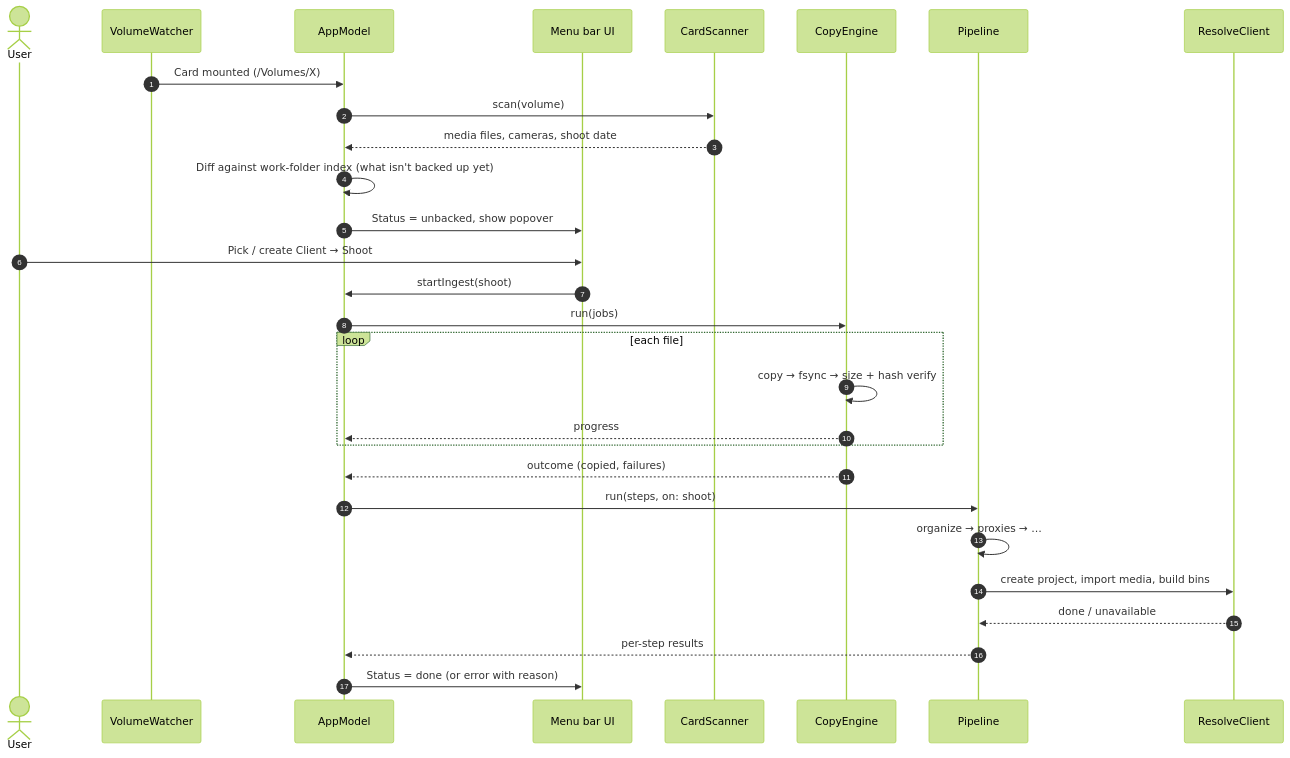
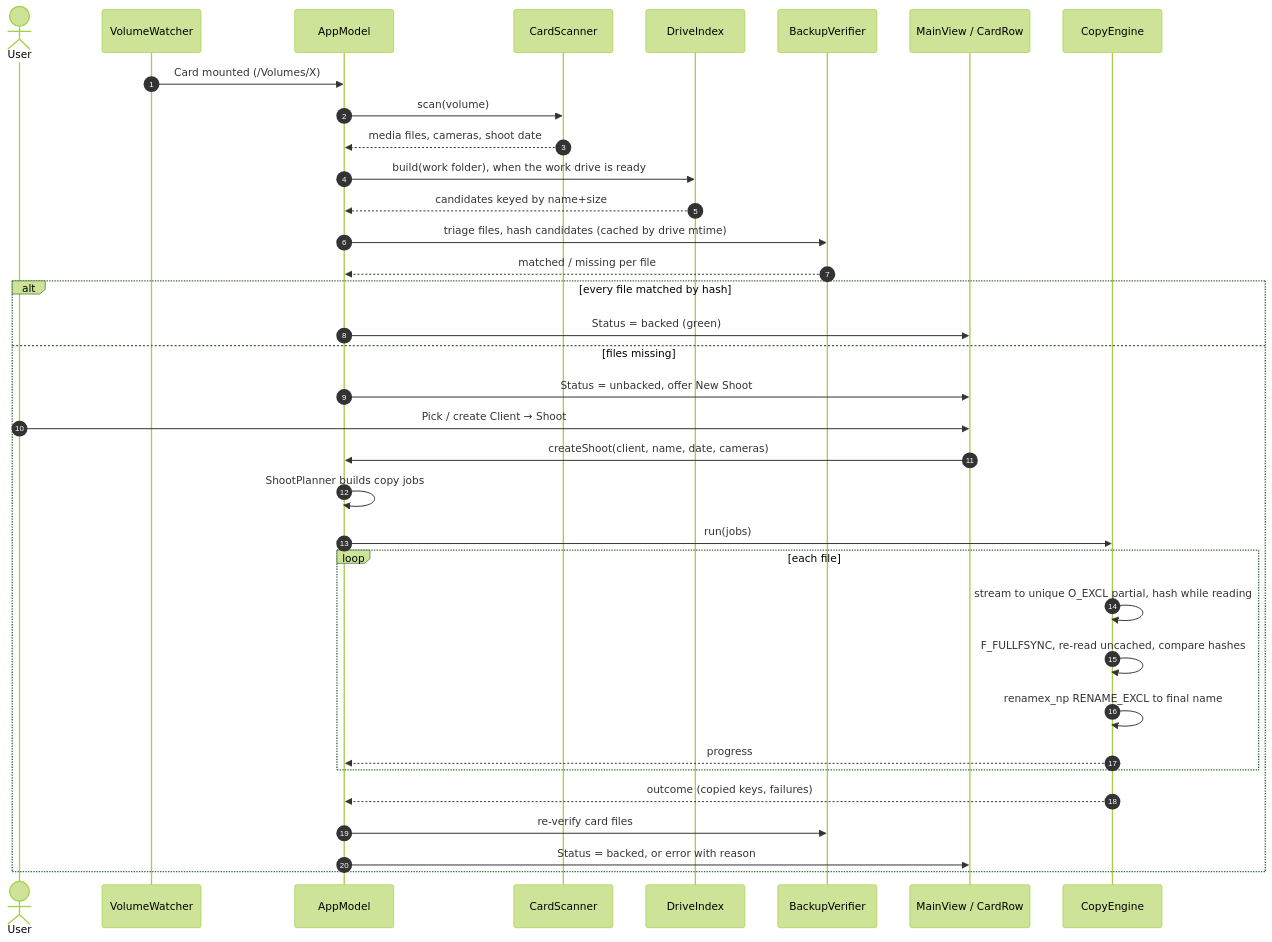
One commit to jonocorpuz/Auto changed the second of 2 diagrams in ARCHITECTURE.md. Above: the diagram before and after it, drawn with Mermaid (forest theme). The commit also changed other lines of this file, not shown here.

Commit message:
docs: update architecture for status item window and core engines

````diff
--- a/ARCHITECTURE.md
+++ b/ARCHITECTURE.md
@@ -104,32 +143,38 @@
 ```mermaid
 sequenceDiagram
     autonumber
     actor User
     participant Watcher as VolumeWatcher
     participant Model as AppModel
-    participant UI as Menu bar UI
     participant Scanner as CardScanner
+    participant Index as DriveIndex
+    participant Verify as BackupVerifier
+    participant UI as MainView / CardRow
     participant Copy as CopyEngine
-    participant Pipe as Pipeline
-    participant Resolve as ResolveClient
 
     Watcher->>Model: Card mounted (/Volumes/X)
     Model->>Scanner: scan(volume)
     Scanner-->>Model: media files, cameras, shoot date
-    Model->>Model: Diff against work-folder index (what isn't backed up yet)
-    Model->>UI: Status = unbacked, show popover
-    User->>UI: Pick / create Client → Shoot
-    UI->>Model: startIngest(shoot)
-    Model->>Copy: run(jobs)
-    loop each file
-        Copy->>Copy: copy → fsync → size + hash verify
-        Copy-->>Model: progress
+    Model->>Index: build(work folder), when the work drive is ready
+    Index-->>Model: candidates keyed by name+size
+    Model->>Verify: triage files, hash candidates (cached by drive mtime)
+    Verify-->>Model: matched / missing per file
+    alt every file matched by hash
+        Model->>UI: Status = backed (green)
+    else files missing
+        Model->>UI: Status = unbacked, offer New Shoot
+        User->>UI: Pick / create Client → Shoot
+        UI->>Model: createShoot(client, name, date, cameras)
+        Model->>Model: ShootPlanner builds copy jobs
+        Model->>Copy: run(jobs)
+        loop each file
+            Copy->>Copy: stream to unique O_EXCL partial, hash while reading
+            Copy->>Copy: F_FULLFSYNC, re-read uncached, compare hashes
+            Copy->>Copy: renamex_np RENAME_EXCL to final name
+            Copy-->>Model: progress
+        end
+        Copy-->>Model: outcome (copied keys, failures)
+        Model->>Verify: re-verify card files
+        Model->>UI: Status = backed, or error with reason
     end
-    Copy-->>Model: outcome (copied, failures)
-    Model->>Pipe: run(steps, on: shoot)
-    Pipe->>Pipe: organize → proxies → …
-    Pipe->>Resolve: create project, import media, build bins
-    Resolve-->>Pipe: done / unavailable
-    Pipe-->>Model: per-step results
-    Model->>UI: Status = done (or error with reason)
 ```
````
